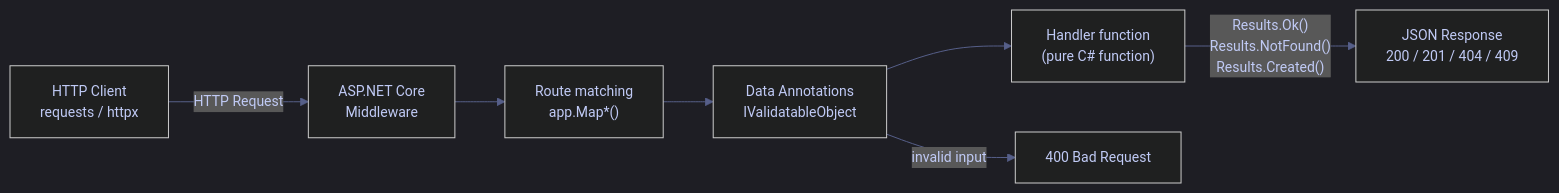
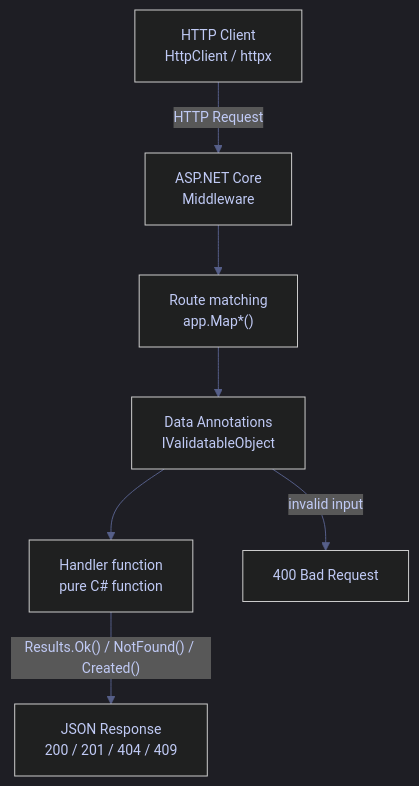
Before and after one commit to alp78/elysium: the diagram in content/02-Programming-Languages/CSharp/15_cs_webapis.md, drawn with Mermaid. The commit also changed other lines of this file and 92 other files, not shown here.

````diff
--- a/content/02-Programming-Languages/CSharp/15_cs_webapis.md
+++ b/content/02-Programming-Languages/CSharp/15_cs_webapis.md
@@ -265,21 +265,21 @@
 ```mermaid
 %%{init: {'theme': 'dark', 'themeVariables': {
   'primaryColor': '#292e42',
   'primaryTextColor': '#c0caf5',
   'primaryBorderColor': '#565f89',
   'lineColor': '#565f89',
   'secondaryColor': '#1a1b26',
   'tertiaryColor': '#24283b',
   'noteTextColor': '#c0caf5',
   'noteBkgColor': '#292e42',
   'textColor': '#c0caf5',
   'fontSize': '14px'
 }}}%%
-flowchart LR
-    C["HTTP Client\nrequests / httpx"] -->|"HTTP Request"| MW["ASP.NET Core\nMiddleware"]
-    MW --> R["Route matching\napp.Map*()"]
-    R --> V["Data Annotations\nIValidatableObject"]
-    V --> H["Handler function\n(pure C# function)"]
-    H -->|"Results.Ok()\nResults.NotFound()\nResults.Created()"| S["JSON Response\n200 / 201 / 404 / 409"]
+flowchart TD
+    C["HTTP Client<br/>HttpClient / httpx"] -->|"HTTP Request"| MW["ASP.NET Core<br/>Middleware"]
+    MW --> R["Route matching<br/>app.Map*()"]
+    R --> V["Data Annotations<br/>IValidatableObject"]
+    V --> H["Handler function<br/>pure C# function"]
+    H -->|"Results.Ok() / NotFound() / Created()"| S["JSON Response<br/>200 / 201 / 404 / 409"]
     V -->|"invalid input"| E["400 Bad Request"]
 ```
````
